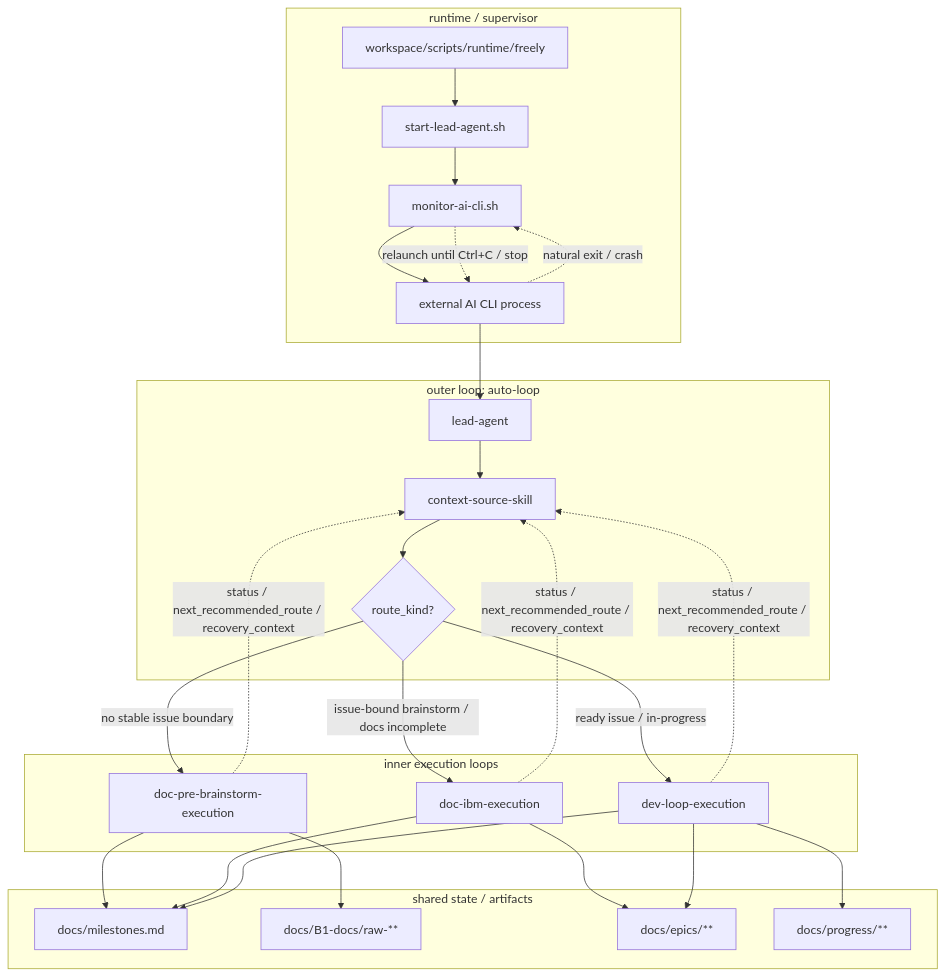
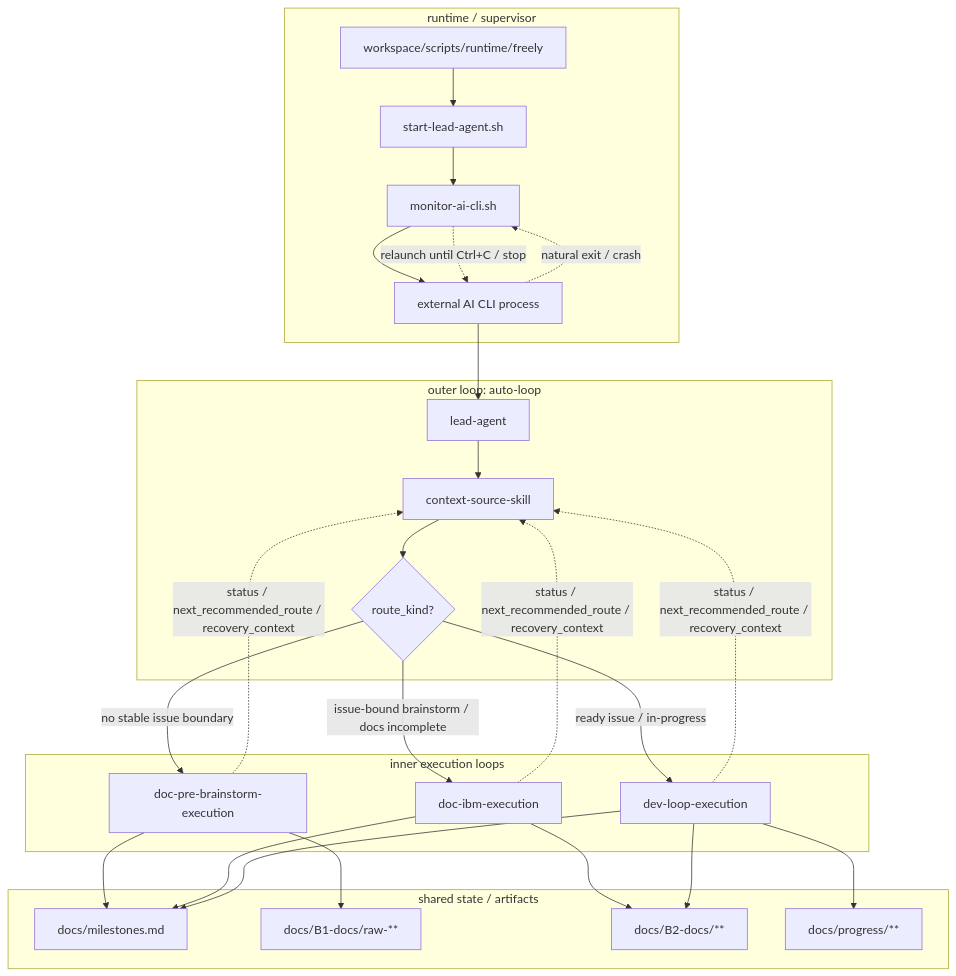
Before and after one commit to chatterzhao/freely: the second of 2 diagrams in docs/B1-docs/raw-20260306-0248/brainstorms.md, drawn with Mermaid. The commit also changed other lines of this file and 103 other files, not shown here.

````diff
--- a/docs/B1-docs/raw-20260306-0248/brainstorms.md
+++ b/docs/B1-docs/raw-20260306-0248/brainstorms.md
@@ -1470,50 +1470,50 @@
 ```mermaid
 flowchart TD
     subgraph RT["runtime / supervisor"]
         R0["workspace/scripts/runtime/freely"]
         R1["start-lead-agent.sh"]
         R2["monitor-ai-cli.sh"]
         R3["external AI CLI process"]
     end
 
     subgraph OUTER["outer loop: auto-loop"]
         A0["lead-agent"]
         A1["context-source-skill"]
         A2{"route_kind?"}
     end
 
     subgraph INNER["inner execution loops"]
         D0["doc-pre-brainstorm-execution"]
         D1["doc-ibm-execution"]
         D2["dev-loop-execution"]
     end
 
     subgraph STATE["shared state / artifacts"]
         S0["docs/milestones.md"]
         S1["docs/B1-docs/raw-**"]
-        S2["docs/epics/**"]
+        S2["docs/B2-docs/**"]
         S3["docs/progress/**"]
     end
 
     R0 --> R1 --> R2 --> R3
     R3 --> A0 --> A1 --> A2
 
     A2 -->|"no stable issue boundary"| D0
     A2 -->|"issue-bound brainstorm / docs incomplete"| D1
     A2 -->|"ready issue / in-progress"| D2
 
     D0 --> S0
     D0 --> S1
     D1 --> S0
     D1 --> S2
     D2 --> S0
     D2 --> S2
     D2 --> S3
 
     D0 -. "status / next_recommended_route / recovery_context" .-> A1
     D1 -. "status / next_recommended_route / recovery_context" .-> A1
     D2 -. "status / next_recommended_route / recovery_context" .-> A1
 
     R3 -. "natural exit / crash" .-> R2
     R2 -. "relaunch until Ctrl+C / stop" .-> R3
 ```
````
